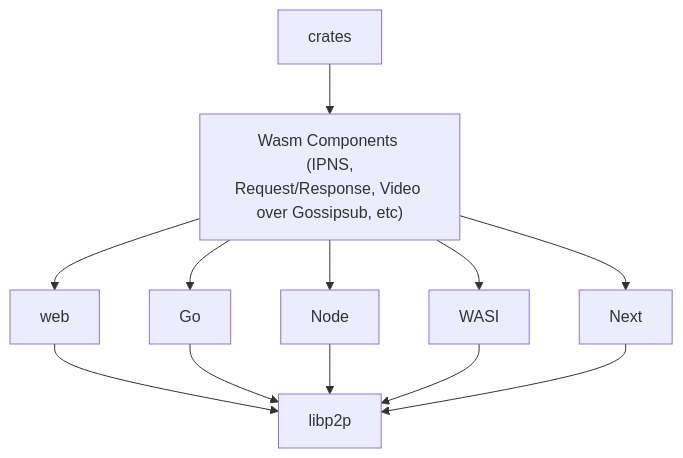
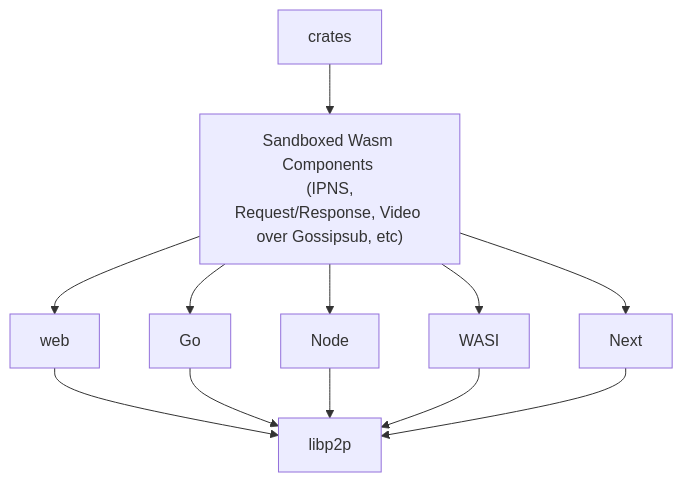
The fourth of 4 diagrams in slides.md (DougAnderson444/libp2pday2023), drawn with Mermaid before and after one commit. The commit also changed other lines of this file and 1 other file, not shown here.

````diff
--- a/slides.md
+++ b/slides.md
@@ -207,10 +245,10 @@
 ```mermaid {scale: 1}
 graph TD
-A[crates] --> B["Wasm Components \n (IPNS, Request/Response, Video over Gossipsub, etc)" ]
+A[crates] --> B["Sandboxed Wasm Components \n (IPNS, Request/Response, Video over Gossipsub, etc)" ]
 B --> C[web]
 B --> D[Go]
 B --> E[Node]
 B --> F[WASI]
 B --> Next 
 C & D & E & F & Next --> G[libp2p]
 ```
````
